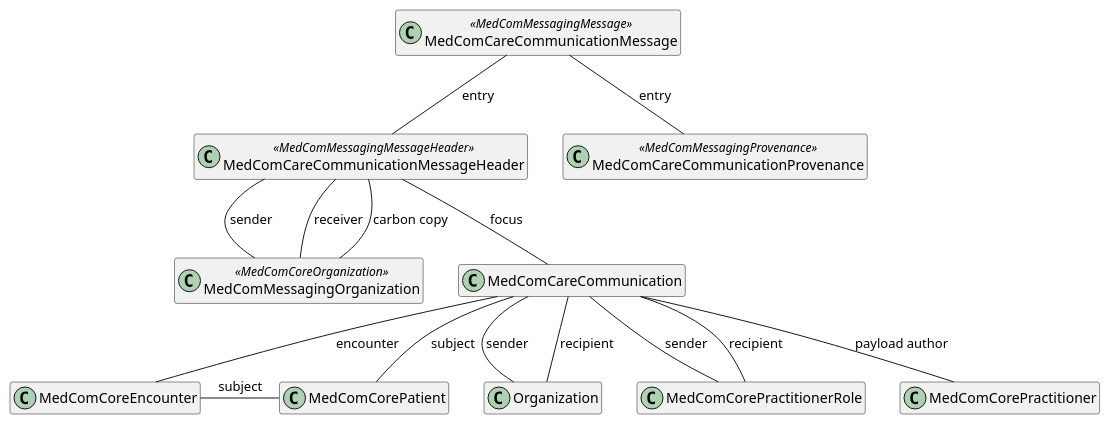
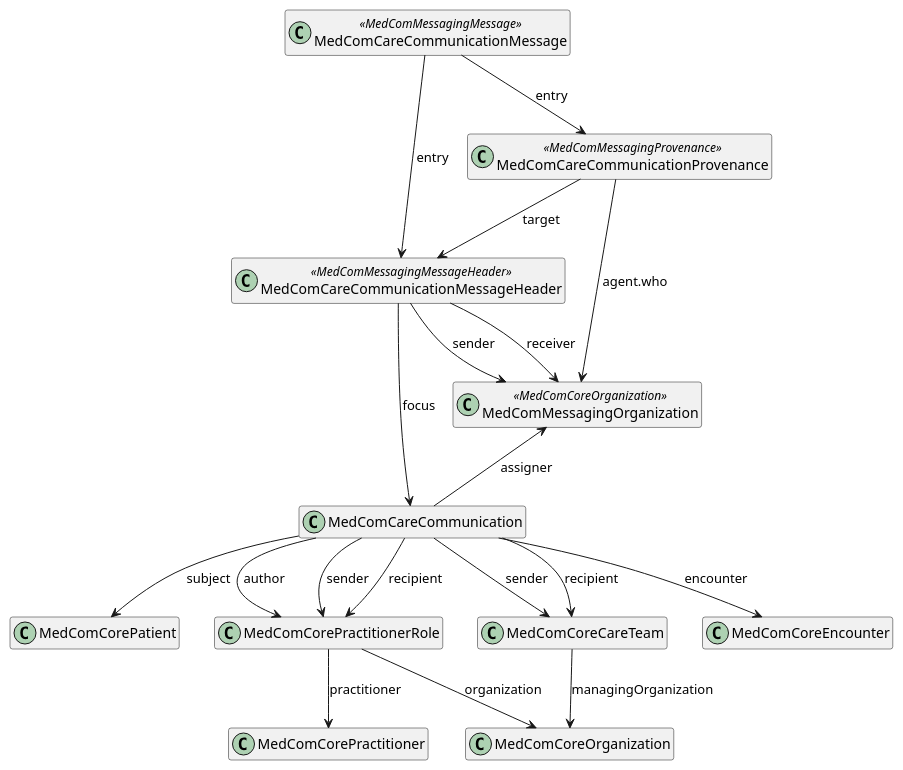
One commit to medcomdk/dk-medcom-carecommunication changed the diagram in puml/CareCommunication.puml. Above: the diagram before and after it, drawn with PlantUML. The commit also changed 2 other files, not shown here.

Commit message:
Corrected CareCommunication UML diagram - provenance

```diff
--- a/puml/CareCommunication.puml
+++ b/puml/CareCommunication.puml
@@ -1,31 +1,39 @@
 @startuml CareCommunication
 
 hide empty members
+
+top to bottom direction
 
 class "MedComCareCommunicationMessage" as message <<MedComMessagingMessage>>
 class "MedComCareCommunicationMessageHeader" as messageheader <<MedComMessagingMessageHeader>>
 class "MedComCareCommunicationProvenance" as provenance <<MedComMessagingProvenance>>
 class "MedComMessagingOrganization" as messagingOrganization <<MedComCoreOrganization>>
 class "MedComCareCommunication" as communication
 class "MedComCorePatient" as patient
+class "MedComCorePractitionerRole" as pracRole
+class "MedComCoreCareTeam" as careteam
+class "MedComCorePractitioner" as author
 class "MedComCoreEncounter" as encounter
-class "Organization" as recipientOrganization 
-class "MedComCorePractitionerRole" as recipientRole
-class "MedComCorePractitioner" as author
+class "MedComCoreOrganization" as organization
 
-message -- messageheader : "entry"
-message -- provenance : "entry"
-messageheader -- messagingOrganization : "sender"
-messageheader -- messagingOrganization : "receiver"
-messageheader -- messagingOrganization : "carbon copy"
-messageheader -- communication : "focus"
-communication -- encounter : "encounter"
-communication -- patient : "subject"
-communication -- recipientOrganization : "sender"
-communication -- recipientRole : "sender"
-communication -- recipientOrganization : "recipient"
-communication -- recipientRole : "recipient"
-communication -- author : "payload author"
+message --> messageheader : "entry"
+messageheader --> communication : "focus"
+communication --> patient : "subject"
+communication --> pracRole : "author"
+message --> provenance : "entry"
+provenance --> messageheader : "target" 
+provenance --> messagingOrganization : "agent.who"
+communication --> careteam : "sender"
+communication --> careteam : "recipient"
+communication --> pracRole : "sender"
+communication --> pracRole : "recipient"
+messagingOrganization <-- communication : "assigner"
+pracRole --> author : "practitioner"
+pracRole --> organization : "organization"
+careteam --> organization : "managingOrganization"
+communication --> encounter : "encounter"
 
-encounter -patient :"subject"
+
+messageheader --> messagingOrganization : "receiver"
+messageheader --> messagingOrganization : "sender"
 @enduml
```
